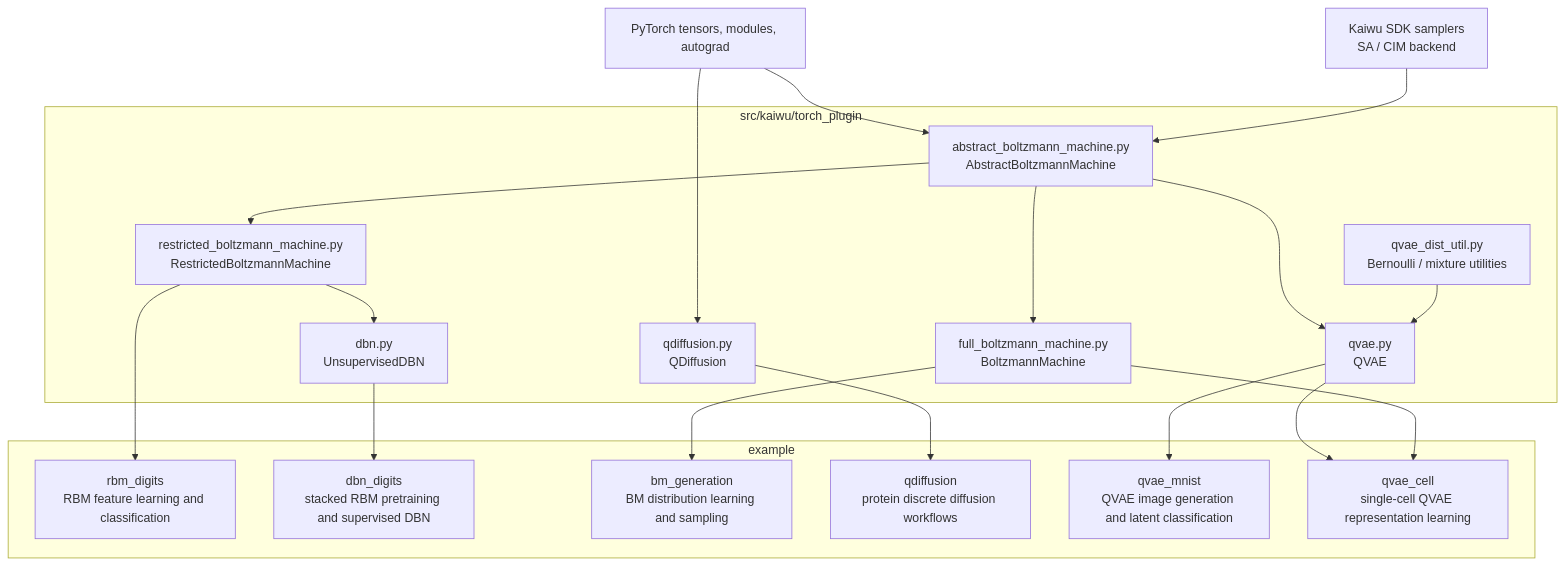
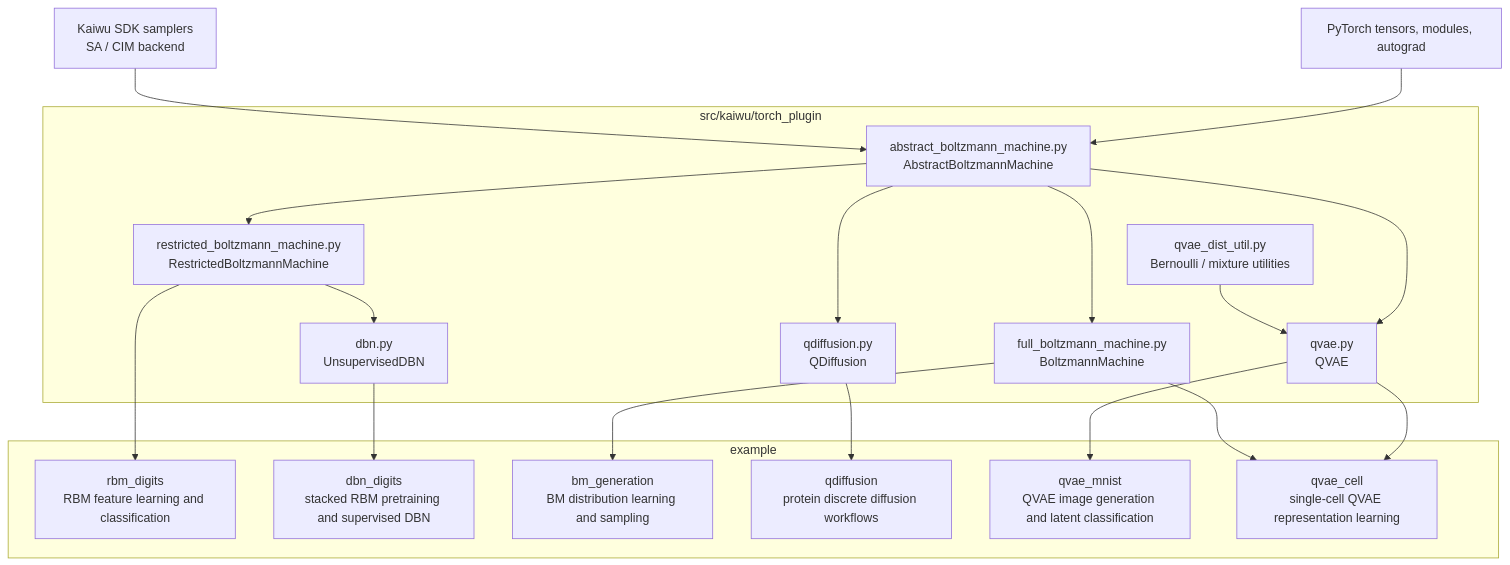
One commit to qboson/kaiwu-pytorch-plugin changed the diagram in README.md. Above: the diagram before and after it, drawn with Mermaid. The commit also changed 1 other file, not shown here.

Commit message:
readme changes

````diff
--- a/README.md
+++ b/README.md
@@ -15,41 +15,41 @@
 ```mermaid
 flowchart TD
     torch[PyTorch tensors, modules, autograd]
     kaiwu[Kaiwu SDK samplers<br/>SA / CIM backend]
 
     subgraph plugin["src/kaiwu/torch_plugin"]
         abm["abstract_boltzmann_machine.py<br/>AbstractBoltzmannMachine"]
         bm["full_boltzmann_machine.py<br/>BoltzmannMachine"]
         rbm["restricted_boltzmann_machine.py<br/>RestrictedBoltzmannMachine"]
         qvae["qvae.py<br/>QVAE"]
         qdiff["qdiffusion.py<br/>QDiffusion"]
         dist["qvae_dist_util.py<br/>Bernoulli / mixture utilities"]
         dbn["dbn.py<br/>UnsupervisedDBN"]
     end
 
     torch --> abm
     kaiwu --> abm
     abm --> bm
     abm --> rbm
     abm --> qvae
-    torch --> qdiff
+    abm --> qdiff
     dist --> qvae
     rbm --> dbn
 
     subgraph examples["example"]
         rbm_digits["rbm_digits<br/>RBM feature learning and classification"]
         dbn_digits["dbn_digits<br/>stacked RBM pretraining and supervised DBN"]
         bm_generation["bm_generation<br/>BM distribution learning and sampling"]
         qdiffusion["qdiffusion<br/>protein discrete diffusion workflows"]
         qvae_mnist["qvae_mnist<br/>QVAE image generation and latent classification"]
         qvae_cell["qvae_cell<br/>single-cell QVAE representation learning"]
     end
 
     rbm --> rbm_digits
     dbn --> dbn_digits
     bm --> bm_generation
     qdiff --> qdiffusion
     qvae --> qvae_mnist
     qvae --> qvae_cell
     bm --> qvae_cell
 ```
````
